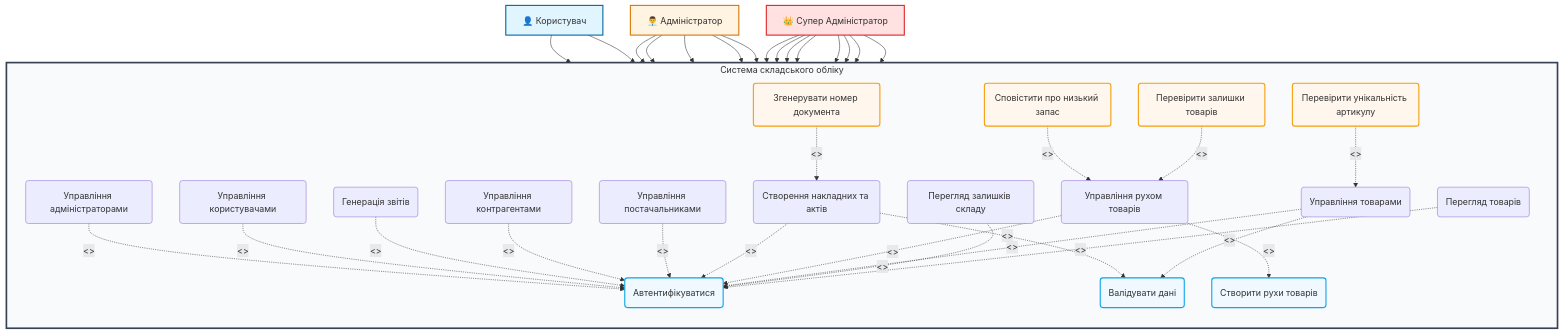
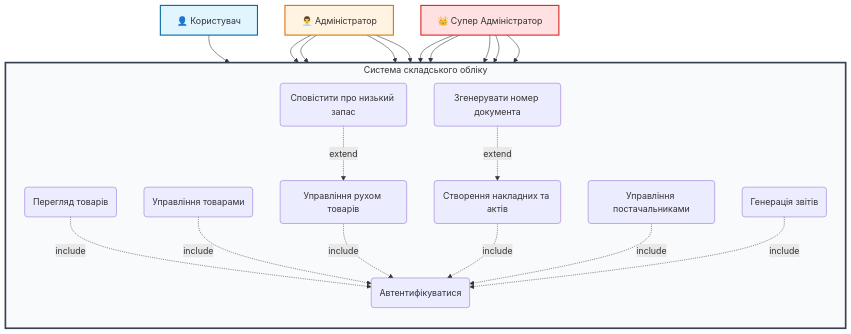
Before and after one commit to Andriy723/Patterns_coursework: the first of 2 diagrams in README.md, drawn with Mermaid.

````diff
--- a/README.md
+++ b/README.md
@@ -331,78 +331,49 @@
 ```mermaid
 graph TB
     User[👤 Користувач]
     Admin[👨‍💼 Адміністратор]
     SuperAdmin[👑 Супер Адміністратор]
     
     subgraph System["Система складського обліку"]
         direction TB
         UC1(Перегляд товарів)
-        UC2(Перегляд залишків складу)
-        UC3(Управління товарами)
-        UC4(Управління рухом товарів)
-        UC5(Створення накладних та актів)
-        UC6(Управління постачальниками)
-        UC7(Управління контрагентами)
-        UC8(Генерація звітів)
-        UC9(Управління користувачами)
-        UC10(Управління адміністраторами)
+        UC2(Управління товарами)
+        UC3(Управління рухом товарів)
+        UC4(Створення накладних та актів)
+        UC5(Управління постачальниками)
+        UC6(Генерація звітів)
         
         INC1(Автентифікуватися)
-        INC2(Валідувати дані)
-        INC3(Створити рухи товарів)
         
         EXT1(Згенерувати номер документа)
-        EXT2(Перевірити залишки товарів)
-        EXT3(Перевірити унікальність артикулу)
-        EXT4(Сповістити про низький запас)
+        EXT2(Сповістити про низький запас)
     end
     
     User --> UC1
-    User --> UC2
     
     Admin --> UC1
     Admin --> UC2
     Admin --> UC3
     Admin --> UC4
-    Admin --> UC5
     
+    SuperAdmin --> UC2
     SuperAdmin --> UC3
     SuperAdmin --> UC4
     SuperAdmin --> UC5
     SuperAdmin --> UC6
-    SuperAdmin --> UC7
-    SuperAdmin --> UC8
-    SuperAdmin --> UC9
-    SuperAdmin --> UC10
     
-    UC1 -.->|<<include>>| INC1
-    UC2 -.->|<<include>>| INC1
-    UC3 -.->|<<include>>| INC1
-    UC3 -.->|<<include>>| INC2
-    UC4 -.->|<<include>>| INC1
-    UC4 -.->|<<include>>| INC3
-    UC5 -.->|<<include>>| INC1
-    UC5 -.->|<<include>>| INC2
-    UC6 -.->|<<include>>| INC1
-    UC7 -.->|<<include>>| INC1
-    UC8 -.->|<<include>>| INC1
-    UC9 -.->|<<include>>| INC1
-    UC10 -.->|<<include>>| INC1
+    UC1 -.->|include| INC1
+    UC2 -.->|include| INC1
+    UC3 -.->|include| INC1
+    UC4 -.->|include| INC1
+    UC5 -.->|include| INC1
+    UC6 -.->|include| INC1
     
-    EXT1 -.->|<<extend>>| UC5
-    EXT2 -.->|<<extend>>| UC4
-    EXT3 -.->|<<extend>>| UC3
-    EXT4 -.->|<<extend>>| UC4
+    EXT1 -.->|extend| UC4
+    EXT2 -.->|extend| UC3
     
     style System fill:#f9fafb,stroke:#374151,stroke-width:3px
     style User fill:#e1f5ff,stroke:#0369a1,stroke-width:2px
     style Admin fill:#fff4e1,stroke:#d97706,stroke-width:2px
     style SuperAdmin fill:#ffe1e1,stroke:#dc2626,stroke-width:2px
-    style INC1 fill:#f0f9ff,stroke:#0ea5e9,stroke-width:2px
-    style INC2 fill:#f0f9ff,stroke:#0ea5e9,stroke-width:2px
-    style INC3 fill:#f0f9ff,stroke:#0ea5e9,stroke-width:2px
-    style EXT1 fill:#fff7ed,stroke:#f59e0b,stroke-width:2px
-    style EXT2 fill:#fff7ed,stroke:#f59e0b,stroke-width:2px
-    style EXT3 fill:#fff7ed,stroke:#f59e0b,stroke-width:2px
-    style EXT4 fill:#fff7ed,stroke:#f59e0b,stroke-width:2px
 ```
````
